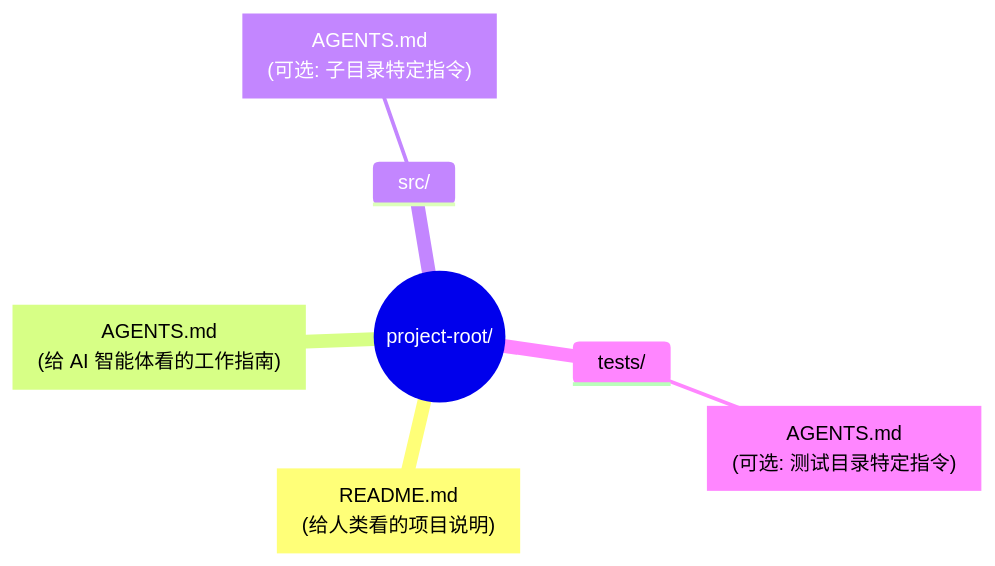
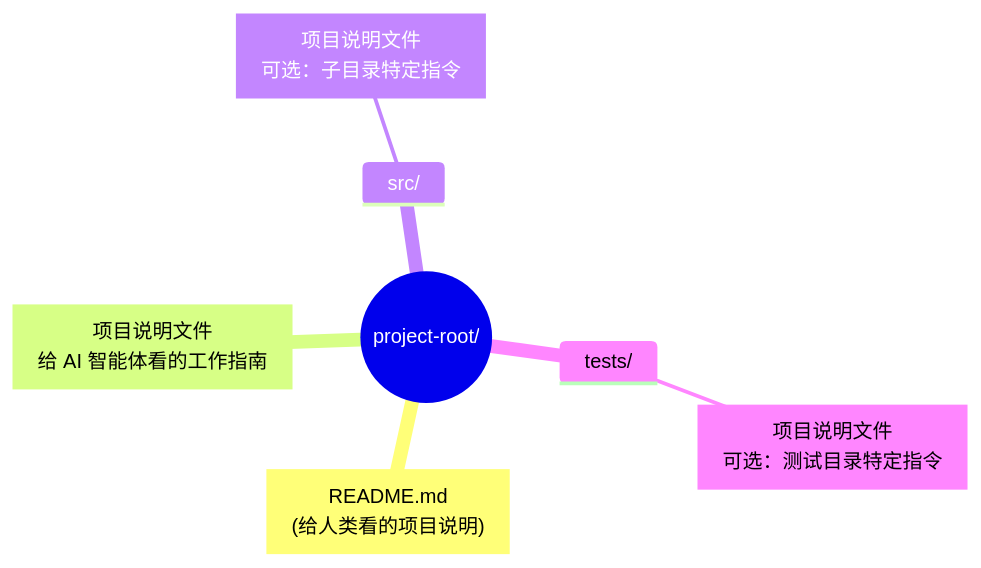
One commit to yeasy/agentic_ai_guide changed the first of 2 diagrams in 12_appendix/12.5_agents_md.md. Above: the diagram before and after it, drawn with Mermaid. The commit also changed other lines of this file and 88 other files, not shown here.

````diff
--- a/12_appendix/12.5_agents_md.md
+++ b/12_appendix/12.5_agents_md.md
@@ -35,10 +35,10 @@
 ```mermaid
 mindmap
     root((project-root/))
         README.md["README.md<br>(给人类看的项目说明)"]
-        AGENTS.md["AGENTS.md<br>(给 AI 智能体看的工作指南)"]
+        AgentDoc["项目说明文件<br>给 AI 智能体看的工作指南"]
         src/
-            AGENTS_SUB["AGENTS.md<br>(可选: 子目录特定指令)"]
+            AgentDocSub["项目说明文件<br>可选：子目录特定指令"]
         tests/
-            AGENTS_TEST["AGENTS.md<br>(可选: 测试目录特定指令)"]
+            AgentDocTest["项目说明文件<br>可选：测试目录特定指令"]
 ```
````
